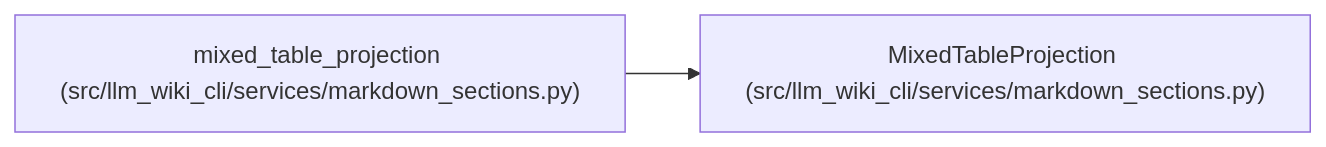
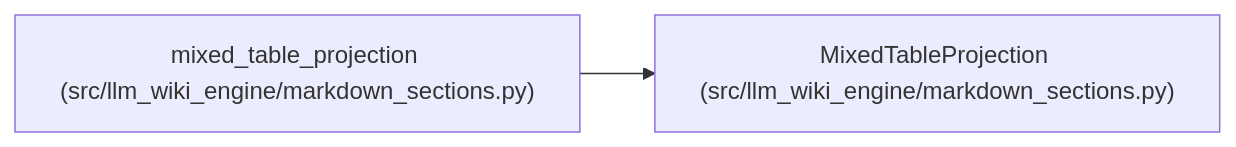
One commit to Denissvgn/python-wiki-llm changed the diagram in docs/llm_wiki/entities/MixedTableProjection.md. Above: the diagram before and after it, drawn with Mermaid. The commit also changed other lines of this file and 1103 other files, not shown here.

First line of the commit message:
docs: refresh the wiki for the llm-wiki-engine distribution

````diff
--- a/docs/llm_wiki/entities/MixedTableProjection.md
+++ b/docs/llm_wiki/entities/MixedTableProjection.md
@@ -31,8 +31,8 @@
 ```mermaid
 flowchart LR
-    n0["MixedTableProjection (src/llm_wiki_cli/services/markdown_sections.py)"]
-    n1["mixed_table_projection (src/llm_wiki_cli/services/markdown_sections.py)"]
+    n0["MixedTableProjection (src/llm_wiki_engine/markdown_sections.py)"]
+    n1["mixed_table_projection (src/llm_wiki_engine/markdown_sections.py)"]
     n1 --> n0
     click n0 "../modules/markdown_sections.md"
     click n1 "../modules/markdown_sections.md"
 ```
````
